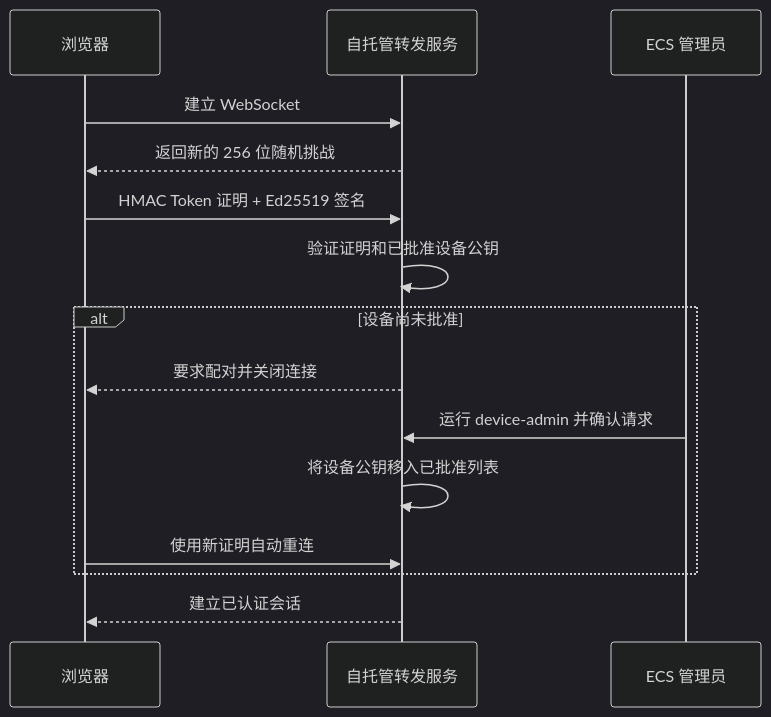
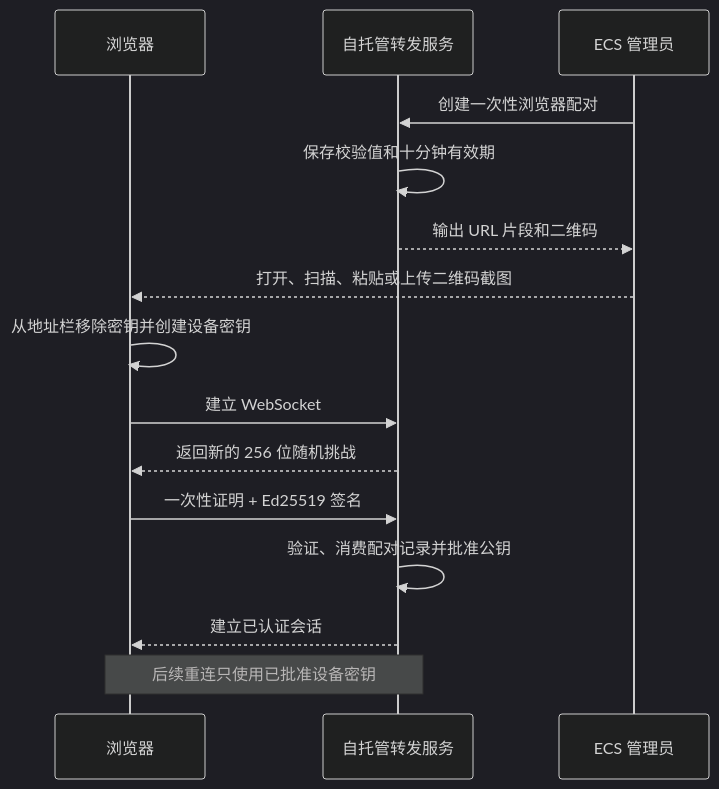
Before and after one commit to gaotong132/codex-anywhere: the diagram in docs/deployment.zh-CN.md, drawn with Mermaid (dark theme). The commit also changed other lines of this file and 6 other files, not shown here.

````diff
--- a/docs/deployment.zh-CN.md
+++ b/docs/deployment.zh-CN.md
@@ -199,17 +213,17 @@
 ```mermaid
 sequenceDiagram
     participant B as 浏览器
     participant R as 自托管转发服务
     participant A as ECS 管理员
+    A->>R: 创建一次性浏览器配对
+    R->>R: 保存校验值和十分钟有效期
+    R-->>A: 输出 URL 片段和二维码
+    A-->>B: 打开、扫描、粘贴或上传二维码截图
+    B->>B: 从地址栏移除密钥并创建设备密钥
     B->>R: 建立 WebSocket
     R-->>B: 返回新的 256 位随机挑战
-    B->>R: HMAC Token 证明 + Ed25519 签名
-    R->>R: 验证证明和已批准设备公钥
-    alt 设备尚未批准
-        R-->>B: 要求配对并关闭连接
-        A->>R: 运行 device-admin 并确认请求
-        R->>R: 将设备公钥移入已批准列表
-        B->>R: 使用新证明自动重连
-    end
+    B->>R: 一次性证明 + Ed25519 签名
+    R->>R: 验证、消费配对记录并批准公钥
     R-->>B: 建立已认证会话
+    Note over B,R: 后续重连只使用已批准设备密钥
 ```
````
